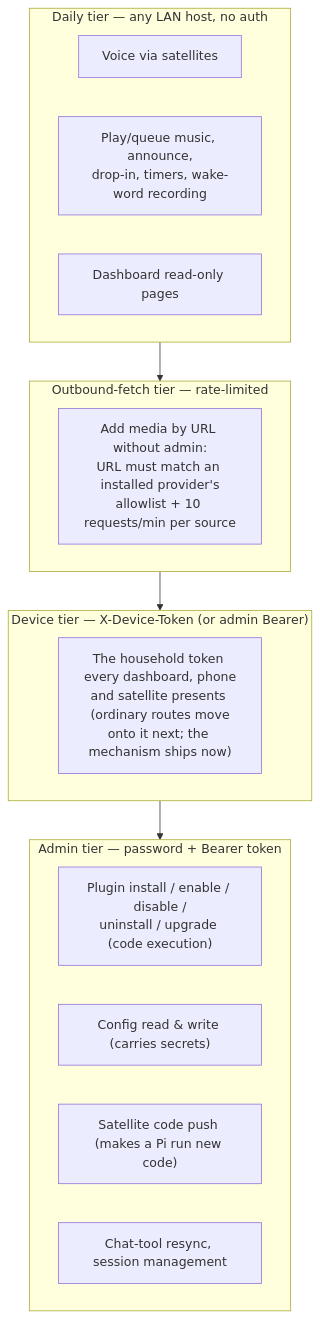
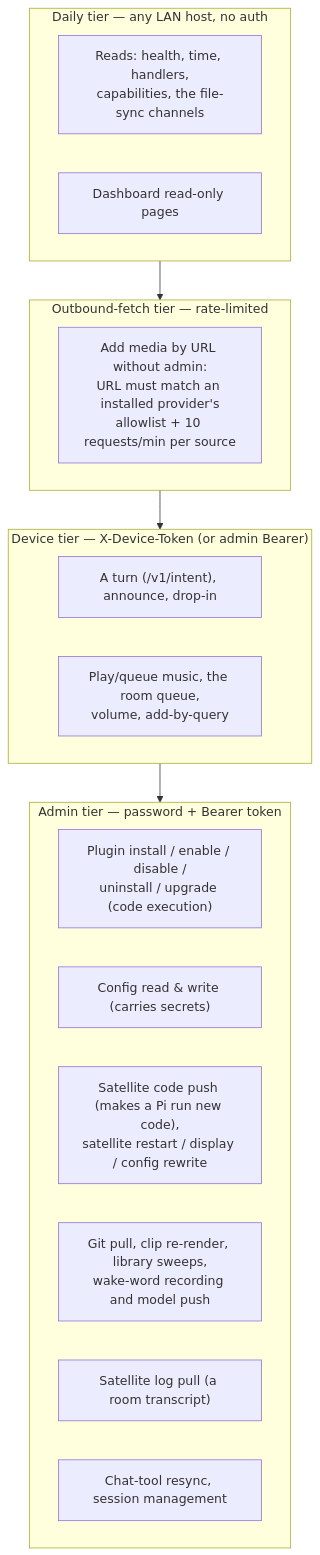
One commit to coders-farm-official/domovoi changed the diagram in docs/SECURITY_PRIVACY.md. Above: the diagram before and after it, drawn with Mermaid. The commit also changed other lines of this file and 21 other files, not shown here.

````diff
--- a/docs/SECURITY_PRIVACY.md
+++ b/docs/SECURITY_PRIVACY.md
@@ -37,21 +39,23 @@
 ```mermaid
 flowchart TB
     subgraph daily["Daily tier — any LAN host, no auth"]
-        d1["Voice via satellites"]
-        d2["Play/queue music, announce,<br/>drop-in, timers, wake-word recording"]
-        d3["Dashboard read-only pages"]
+        d1["Reads: health, time, handlers,<br/>capabilities, the file-sync channels"]
+        d2["Dashboard read-only pages"]
     end
     subgraph fetch["Outbound-fetch tier — rate-limited"]
         f1["Add media by URL without admin:<br/>URL must match an installed provider's<br/>allowlist + 10 requests/min per source"]
     end
     subgraph device["Device tier — X-Device-Token (or admin Bearer)"]
-        v1["The household token every dashboard, phone<br/>and satellite presents (ordinary routes move<br/>onto it next; the mechanism ships now)"]
+        v1["A turn (/v1/intent), announce, drop-in"]
+        v2["Play/queue music, the room queue,<br/>volume, add-by-query"]
     end
     subgraph admin["Admin tier — password + Bearer token"]
         a1["Plugin install / enable / disable /<br/>uninstall / upgrade (code execution)"]
         a2["Config read & write (carries secrets)"]
-        a3["Satellite code push (makes a Pi run new code)"]
-        a4["Chat-tool resync, session management"]
+        a3["Satellite code push (makes a Pi run new code),<br/>satellite restart / display / config rewrite"]
+        a4["Git pull, clip re-render, library sweeps,<br/>wake-word recording and model push"]
+        a5["Satellite log pull (a room transcript)"]
+        a6["Chat-tool resync, session management"]
     end
     daily --> fetch --> device --> admin
 ```
````
